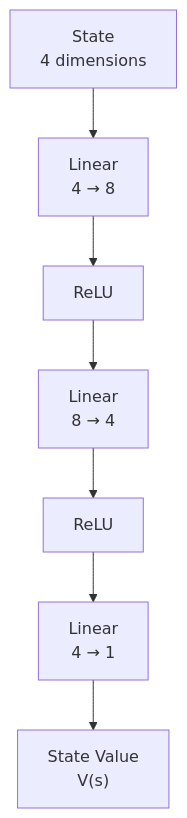
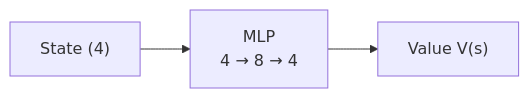
The second of 2 diagrams in _posts/2026-10-02-Policy-Gradient-구현-2.md (jihoAi/jihoAi.github.io), drawn with Mermaid before and after one commit. The commit also changed other lines of this file, not shown here.

````diff
--- a/_posts/2026-10-02-Policy-Gradient-구현-2.md
+++ b/_posts/2026-10-02-Policy-Gradient-구현-2.md
@@ -83,17 +69,4 @@
 ```mermaid
-flowchart TD
-    A["State<br/>4 dimensions"]
-    B["Linear<br/>4 → 8"]
-    C["ReLU"]
-    D["Linear<br/>8 → 4"]
-    E["ReLU"]
-    F["Linear<br/>4 → 1"]
-    G["State Value<br/>V(s)"]
-
-    A --> B
-    B --> C
-    C --> D
-    D --> E
-    E --> F
-    F --> G
+flowchart LR
+    A["State (4)"] --> B["MLP<br/>4 → 8 → 4"] --> C["Value V(s)"]
 ```
````
